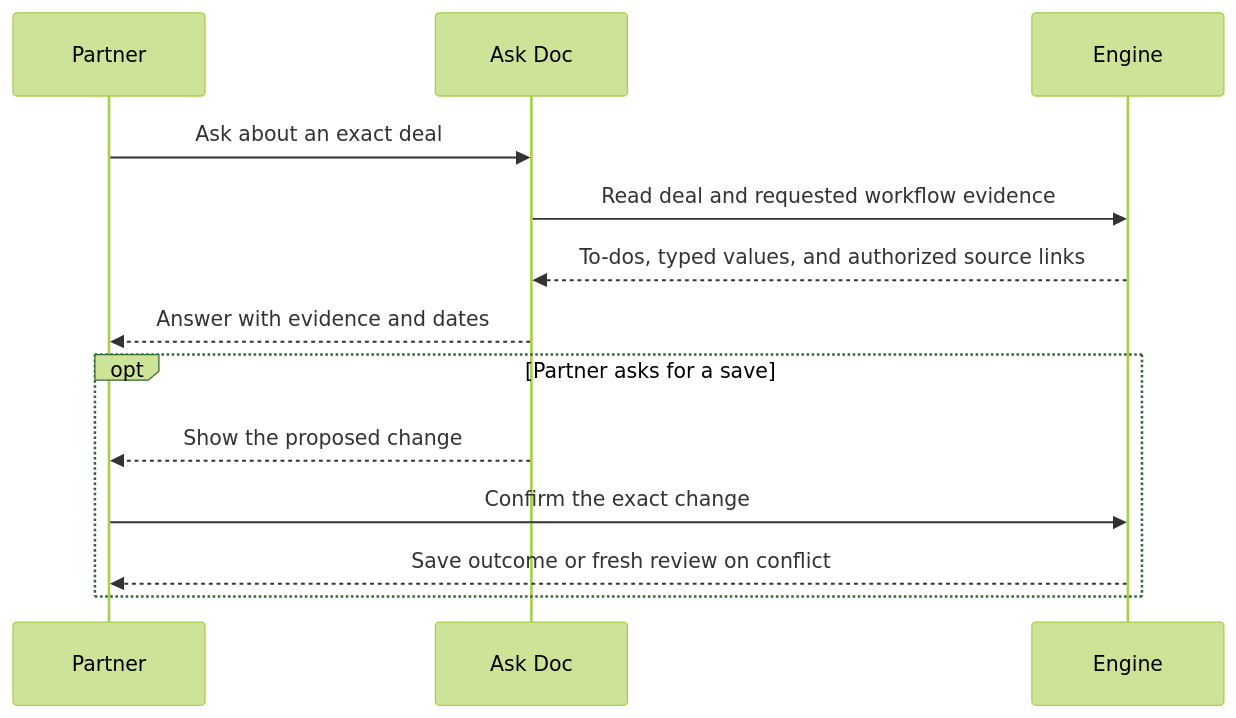
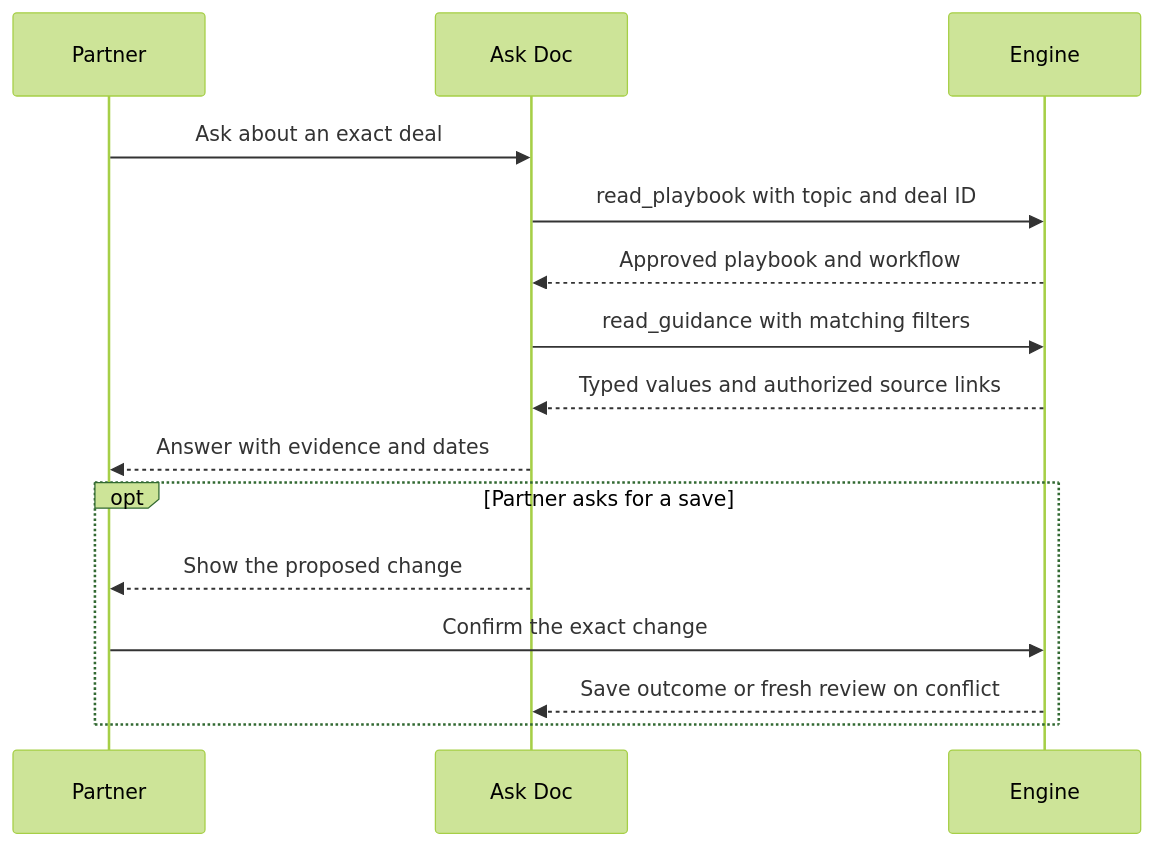
Before and after one commit to DoctorCRE/doctorcre-engine: the second of 3 diagrams in docs/knowledge/reads.md, drawn with Mermaid (forest theme). The commit also changed other lines of this file and 6 other files, not shown here.

````diff
--- a/docs/knowledge/reads.md
+++ b/docs/knowledge/reads.md
@@ -36,15 +45,17 @@
 ```mermaid
 sequenceDiagram
     participant P as Partner
     participant D as Ask Doc
     participant E as Engine
     P->>D: Ask about an exact deal
-    D->>E: Read deal and requested workflow evidence
-    E-->>D: To-dos, typed values, and authorized source links
+    D->>E: read_playbook with topic and deal ID
+    E-->>D: Approved playbook and workflow
+    D->>E: read_guidance with matching filters
+    E-->>D: Typed values and authorized source links
     D-->>P: Answer with evidence and dates
     opt Partner asks for a save
         D-->>P: Show the proposed change
         P->>E: Confirm the exact change
-        E-->>P: Save outcome or fresh review on conflict
+        E-->>D: Save outcome or fresh review on conflict
     end
 ```
````
